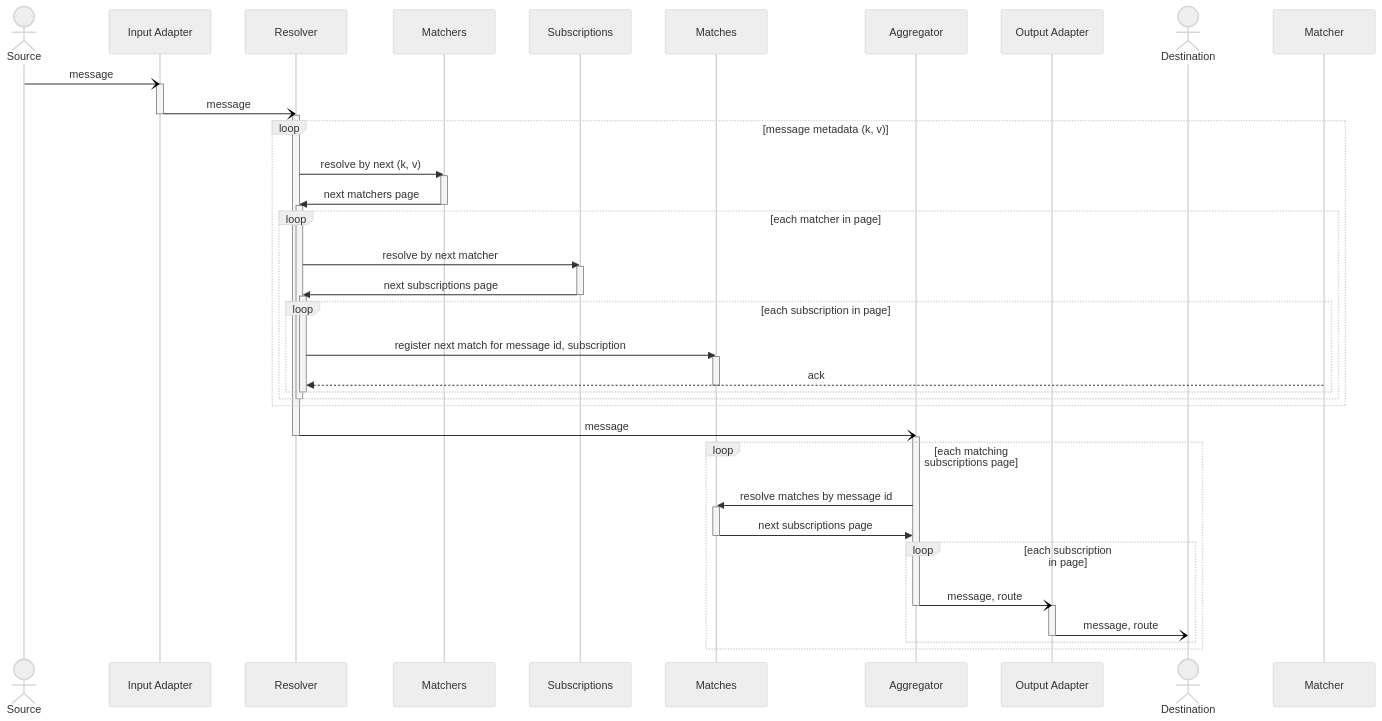
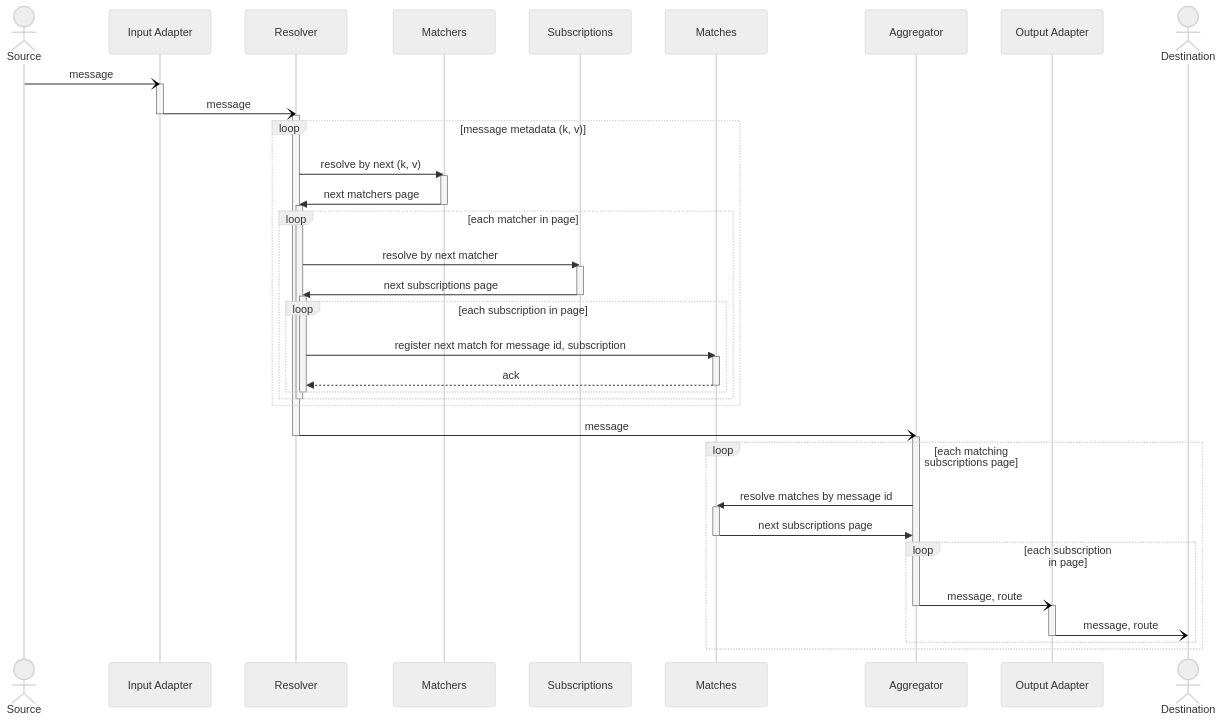
One commit to awakari/.github changed the diagram in profile/README.md. Above: the diagram before and after it, drawn with Mermaid.

````diff
--- a/profile/README.md
+++ b/profile/README.md
@@ -5,70 +5,70 @@
 ```mermaid
 %%{init: {'theme': 'neutral' } }%%
 sequenceDiagram
 
     actor Source
     participant Input Adapter
     participant Resolver
     participant Matchers
     participant Subscriptions
     participant Matches
     participant Aggregator
     participant Output Adapter
     actor Destination
 
     Source-)Input Adapter: message
     activate Input Adapter
         
     Input Adapter-)Resolver: message
     deactivate Input Adapter
     activate Resolver
     
     loop message metadata (k, v)
     
         Resolver->>Matchers: resolve by next (k, v)
         activate Matchers
         Matchers->>Resolver: next matchers page
         deactivate Matchers
         
         activate Resolver
         loop each matcher in page
             
             Resolver->>Subscriptions: resolve by next matcher
             activate Subscriptions
             Subscriptions->>Resolver: next subscriptions page
             deactivate Subscriptions
             
             activate Resolver
             loop each subscription in page
                 Resolver->>Matches: register next match for message id, subscription
                 activate Matches
-                Matcher-->>Resolver: ack
+                Matches-->>Resolver: ack
                 deactivate Matches
             end
             deactivate Resolver
             
         end
         deactivate Resolver
     end
         
     Resolver-)Aggregator: message
     deactivate Resolver
 
     activate Aggregator
     loop each matching subscriptions page
         
         Aggregator->>Matches: resolve matches by message id
         activate Matches
         Matches->>Aggregator: next subscriptions page
         deactivate Matches
         
         loop each subscription in page
             Aggregator-)Output Adapter: message, route
             deactivate Aggregator
             activate Output Adapter
             Output Adapter-)Destination: message, route
             deactivate Output Adapter
         end
         
     end
 ```
````
